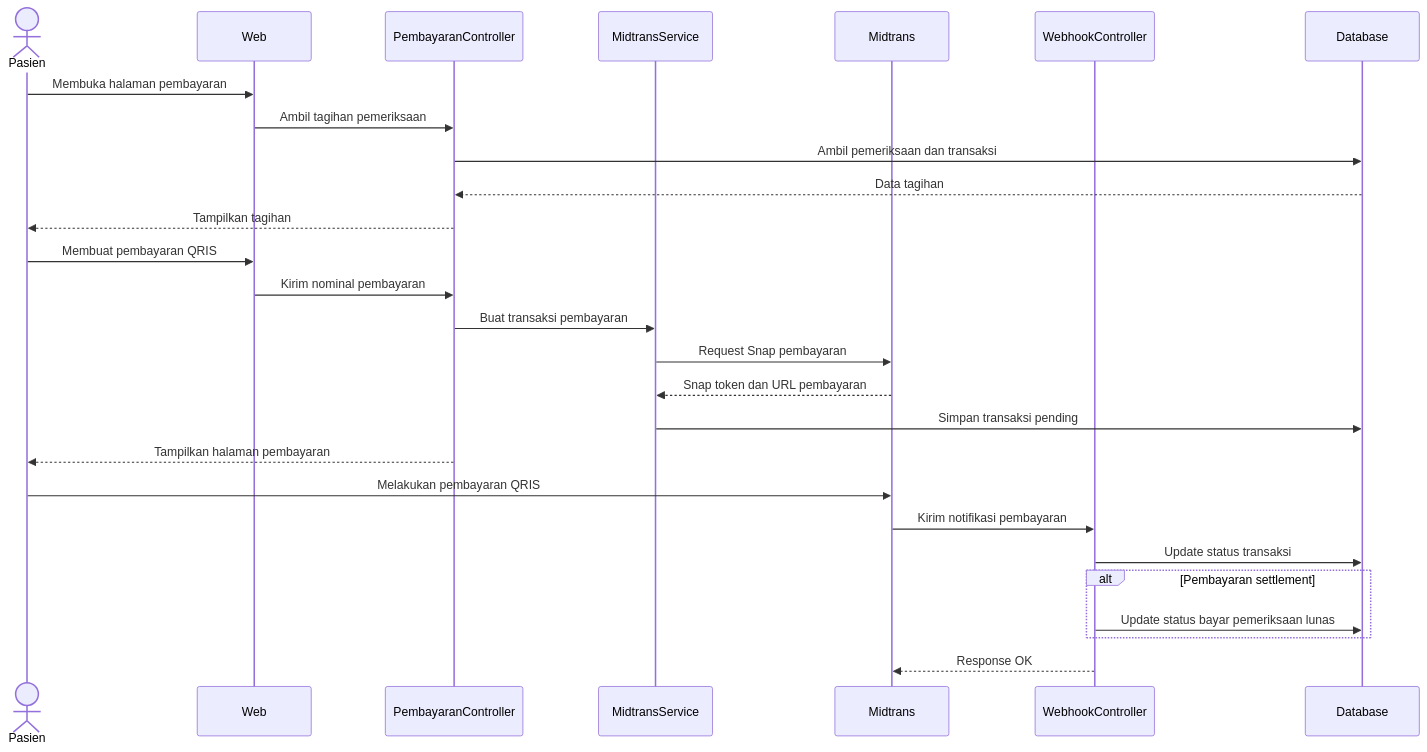
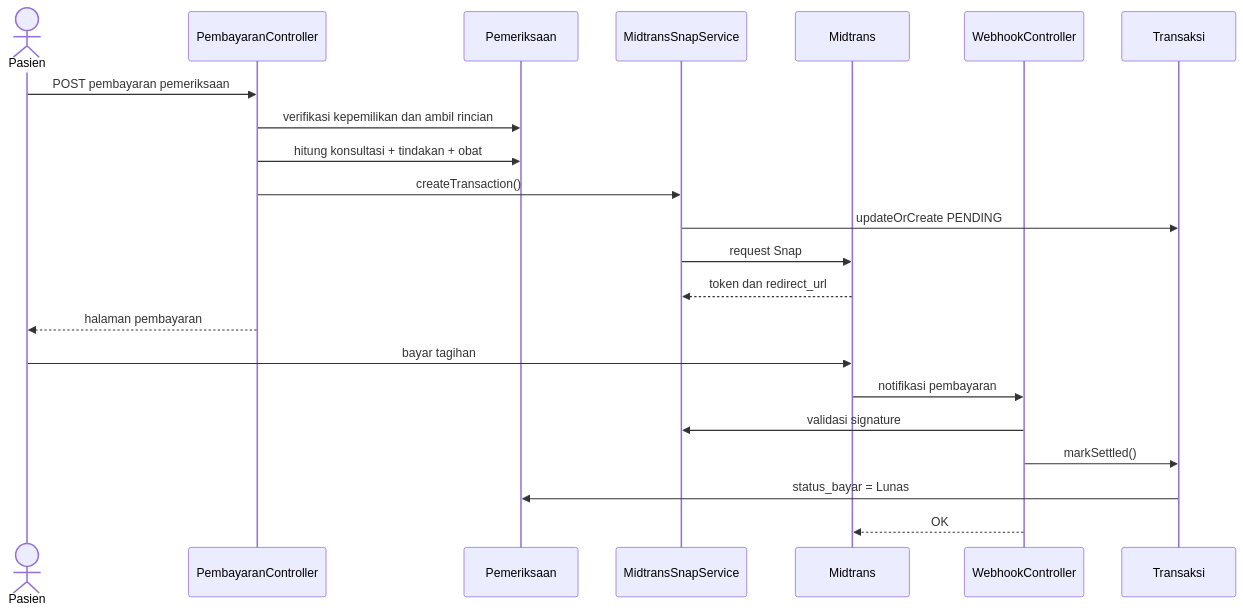
The fifth of 7 diagrams in dokumentasi/spesifikasi-proyek/sequence-diagrams.md (Faathir81/Sistem-Informasi-Klinik), drawn with Mermaid before and after one commit. The commit also changed other lines of this file and 5 other files, not shown here.

Commit message:
docs: align project specifications and diagrams with current implementation

````diff
--- a/dokumentasi/spesifikasi-proyek/sequence-diagrams.md
+++ b/dokumentasi/spesifikasi-proyek/sequence-diagrams.md
@@ -121,32 +139,25 @@
 ```mermaid
 sequenceDiagram
     actor Pasien
-    participant Web
-    participant PembayaranController
-    participant MidtransService
+    participant Controller as PembayaranController
+    participant Pemeriksaan
+    participant Snap as MidtransSnapService
     participant Midtrans
-    participant WebhookController
-    participant Database
+    participant Webhook as WebhookController
+    participant Transaksi
 
-    Pasien->>Web: Membuka halaman pembayaran
-    Web->>PembayaranController: Ambil tagihan pemeriksaan
-    PembayaranController->>Database: Ambil pemeriksaan dan transaksi
-    Database-->>PembayaranController: Data tagihan
-    PembayaranController-->>Pasien: Tampilkan tagihan
-
-    Pasien->>Web: Membuat pembayaran QRIS
-    Web->>PembayaranController: Kirim nominal pembayaran
-    PembayaranController->>MidtransService: Buat transaksi pembayaran
-    MidtransService->>Midtrans: Request Snap pembayaran
-    Midtrans-->>MidtransService: Snap token dan URL pembayaran
-    MidtransService->>Database: Simpan transaksi pending
-    PembayaranController-->>Pasien: Tampilkan halaman pembayaran
-
-    Pasien->>Midtrans: Melakukan pembayaran QRIS
-    Midtrans->>WebhookController: Kirim notifikasi pembayaran
-    WebhookController->>Database: Update status transaksi
-    alt Pembayaran settlement
-        WebhookController->>Database: Update status bayar pemeriksaan lunas
-    end
-    WebhookController-->>Midtrans: Response OK
+    Pasien->>Controller: POST pembayaran pemeriksaan
+    Controller->>Pemeriksaan: verifikasi kepemilikan dan ambil rincian
+    Controller->>Pemeriksaan: hitung konsultasi + tindakan + obat
+    Controller->>Snap: createTransaction()
+    Snap->>Transaksi: updateOrCreate PENDING
+    Snap->>Midtrans: request Snap
+    Midtrans-->>Snap: token dan redirect_url
+    Controller-->>Pasien: halaman pembayaran
+    Pasien->>Midtrans: bayar tagihan
+    Midtrans->>Webhook: notifikasi pembayaran
+    Webhook->>Snap: validasi signature
+    Webhook->>Transaksi: markSettled()
+    Transaksi->>Pemeriksaan: status_bayar = Lunas
+    Webhook-->>Midtrans: OK
 ```
````
